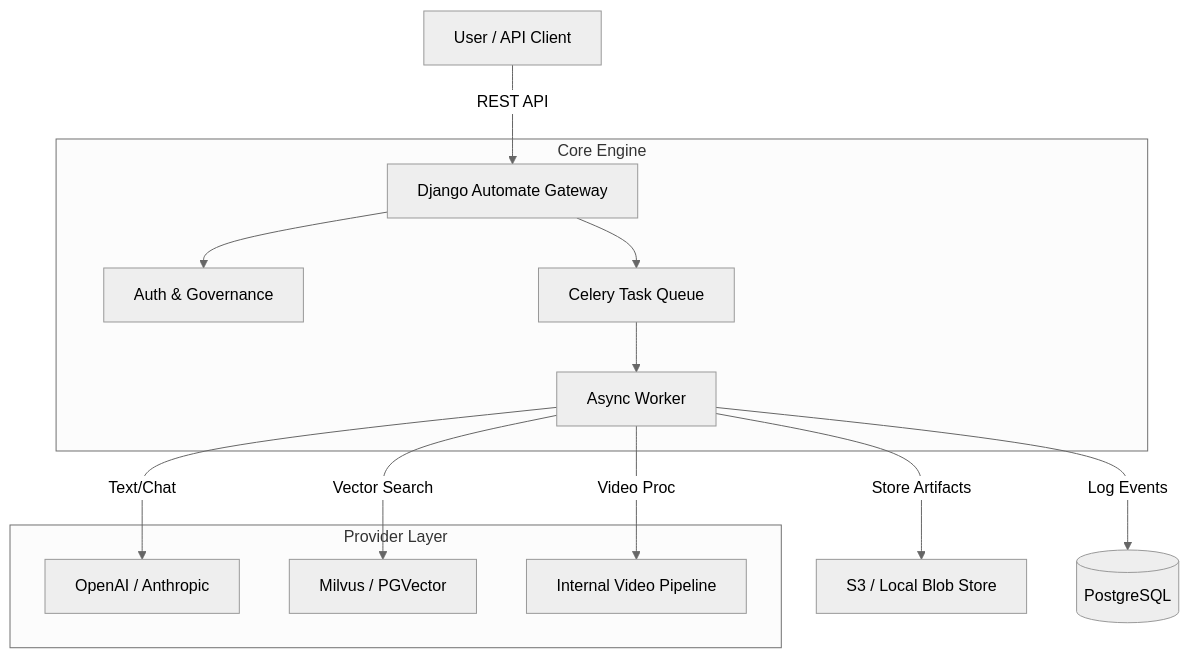
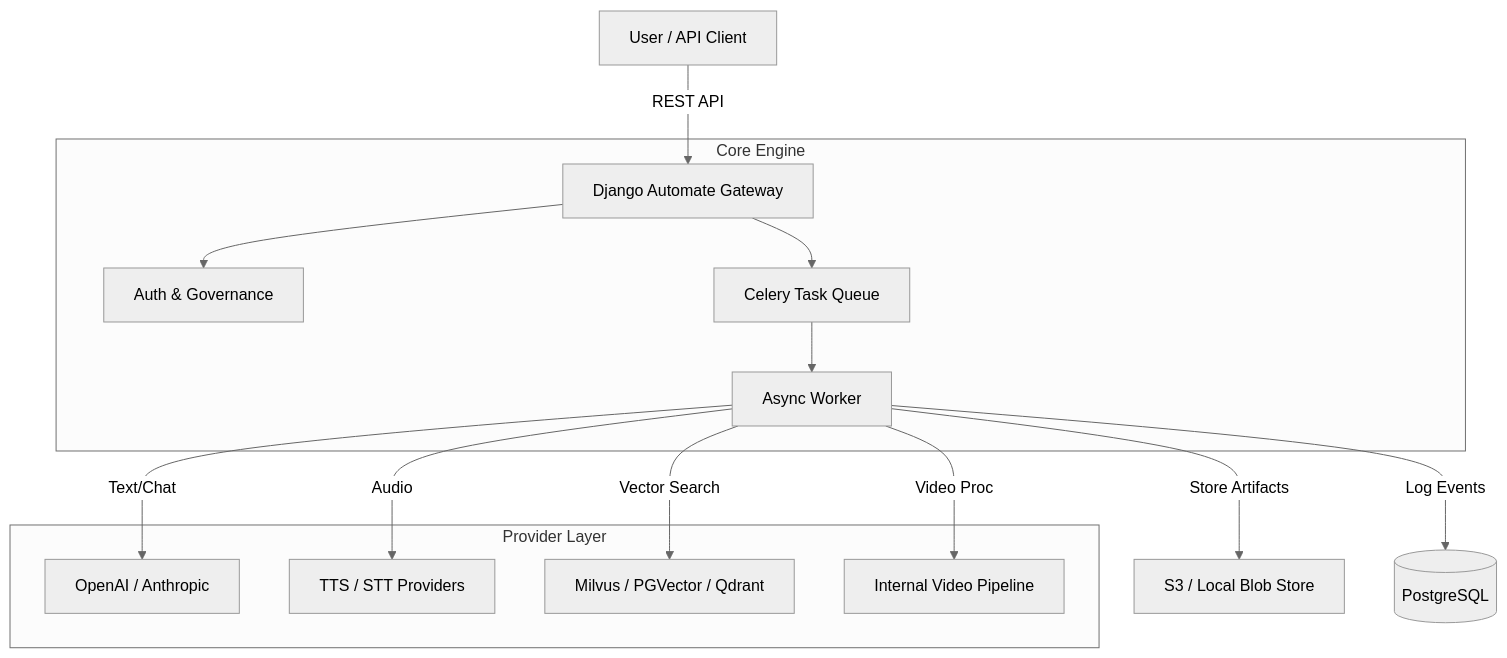
One commit to codegraphers/django-automate changed the diagram in README.md. Above: the diagram before and after it, drawn with Mermaid (neutral theme). The commit also changed other lines of this file and 1 other file, not shown here.

````diff
--- a/README.md
+++ b/README.md
@@ -21,19 +48,20 @@
 ```mermaid
 graph TD
     User[User / API Client] -->|REST API| Django[Django Automate Gateway]
     
     subgraph "Core Engine"
         Django --> Auth[Auth & Governance]
         Django --> Queue[Celery Task Queue]
         Queue --> Worker[Async Worker]
     end
     
     subgraph "Provider Layer"
-        Worker -->|Text/Chat| OpenAI[OpenAI / Anthropic]
-        Worker -->|Vector Search| Milvus[Milvus / PGVector]
+        Worker -->|Text/Chat| LLM[OpenAI / Anthropic]
+        Worker -->|Audio| Audio[TTS / STT Providers]
+        Worker -->|Vector Search| Vector[Milvus / PGVector / Qdrant]
         Worker -->|Video Proc| FFmpeg[Internal Video Pipeline]
     end
     
     Worker -->|Store Artifacts| Blob[S3 / Local Blob Store]
     Worker -->|Log Events| DB[(PostgreSQL)]
 ```
````
